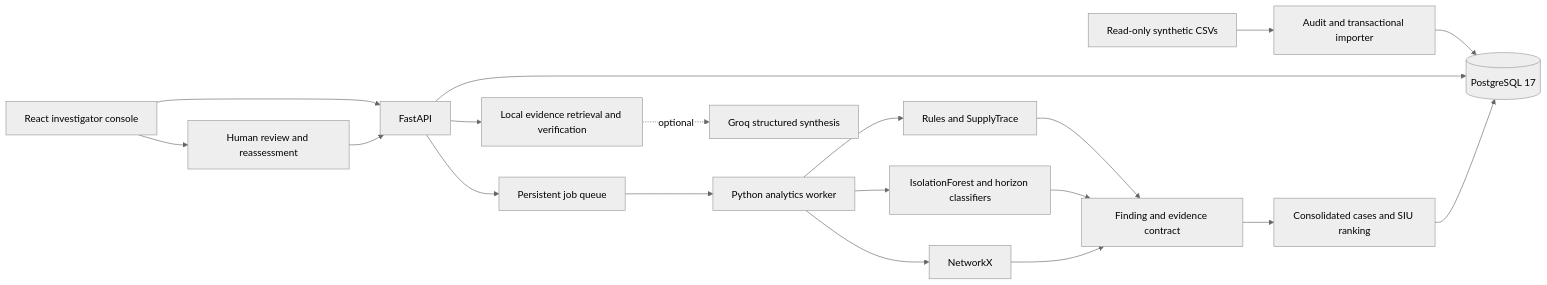
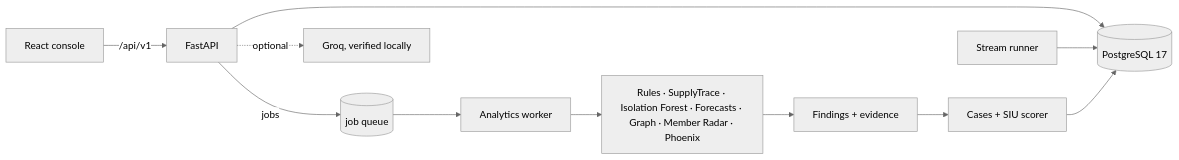
The diagram in README.md (rayyandeys/ClaimShield-Nexus), drawn with Mermaid (neutral theme) before and after one commit. The commit also changed other lines of this file and 1 other file, not shown here.

````diff
--- a/README.md
+++ b/README.md
@@ -85,21 +125,12 @@
 ```mermaid
 flowchart LR
-  CSV[Read-only synthetic CSVs] --> Audit[Audit and transactional importer]
-  Audit --> DB[(PostgreSQL 17)]
-  UI[React investigator console] --> API[FastAPI]
-  API --> DB
-  API --> Jobs[Persistent job queue]
-  Jobs --> Worker[Python analytics worker]
-  Worker --> Rules[Rules and SupplyTrace]
-  Worker --> ML[IsolationForest and horizon classifiers]
-  Worker --> Graph[NetworkX]
-  Rules --> Evidence[Finding and evidence contract]
-  ML --> Evidence
-  Graph --> Evidence
-  Evidence --> Cases[Consolidated cases and SIU ranking]
-  Cases --> DB
-  API --> Brief[Local evidence retrieval and verification]
-  Brief -. optional .-> Groq[Groq structured synthesis]
-  UI --> Review[Human review and reassessment]
-  Review --> API
+  UI[React console] -- /api/v1 --> API[FastAPI]
+  API --> DB[(PostgreSQL 17)]
+  API -- jobs --> Q[(job queue)]
+  Q --> W[Analytics worker]
+  S[Stream runner] --> DB
+  W --> E[Rules · SupplyTrace · Isolation Forest · Forecasts · Graph · Member Radar · Phoenix]
+  E --> F[Findings + evidence] --> C[Cases + SIU scorer]
+  C --> DB
+  API -. optional .-> G[Groq, verified locally]
 ```
````
